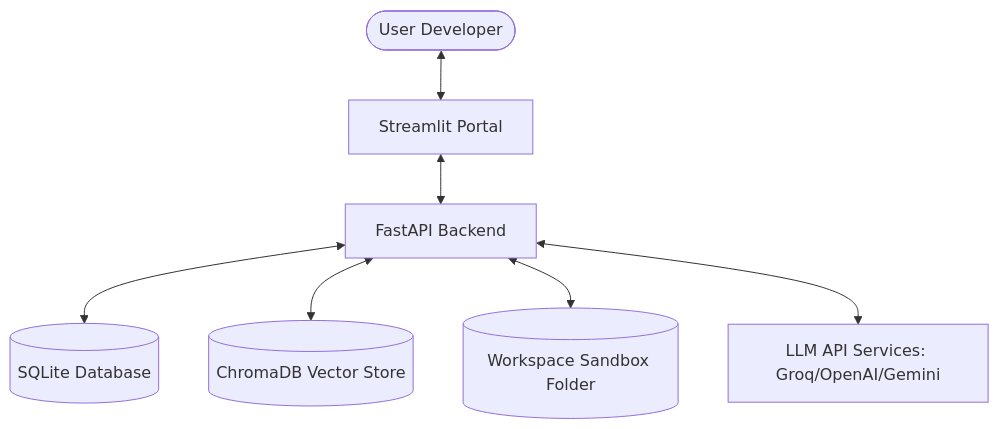
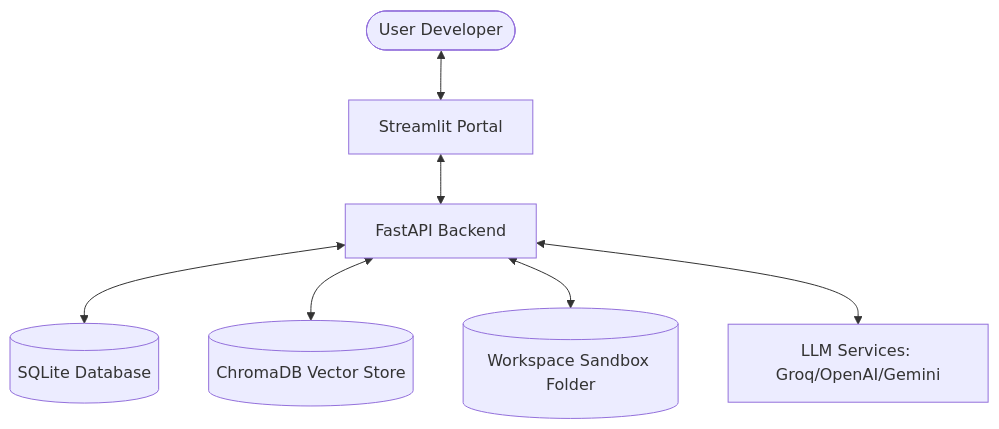
Before and after one commit to bittush8789/AI-File-System-MCP-Server: the first of 2 diagrams in README.md, drawn with Mermaid. The commit also changed other lines of this file, not shown here.

Commit message:
Simplify README.md to keep only essential project guidelines and architecture diagrams

````diff
--- a/README.md
+++ b/README.md
@@ -96,9 +29,9 @@
 ```mermaid
 graph TD
     User([User Developer]) <--> Streamlit[Streamlit Portal]
     Streamlit <--> FastAPI[FastAPI Backend]
     FastAPI <--> SQLite[(SQLite Database)]
     FastAPI <--> Chroma[(ChromaDB Vector Store)]
     FastAPI <--> Workspace[(Workspace Sandbox Folder)]
-    FastAPI <--> LLM[LLM API Services: Groq/OpenAI/Gemini]
+    FastAPI <--> LLM[LLM Services: Groq/OpenAI/Gemini]
 ```
````
